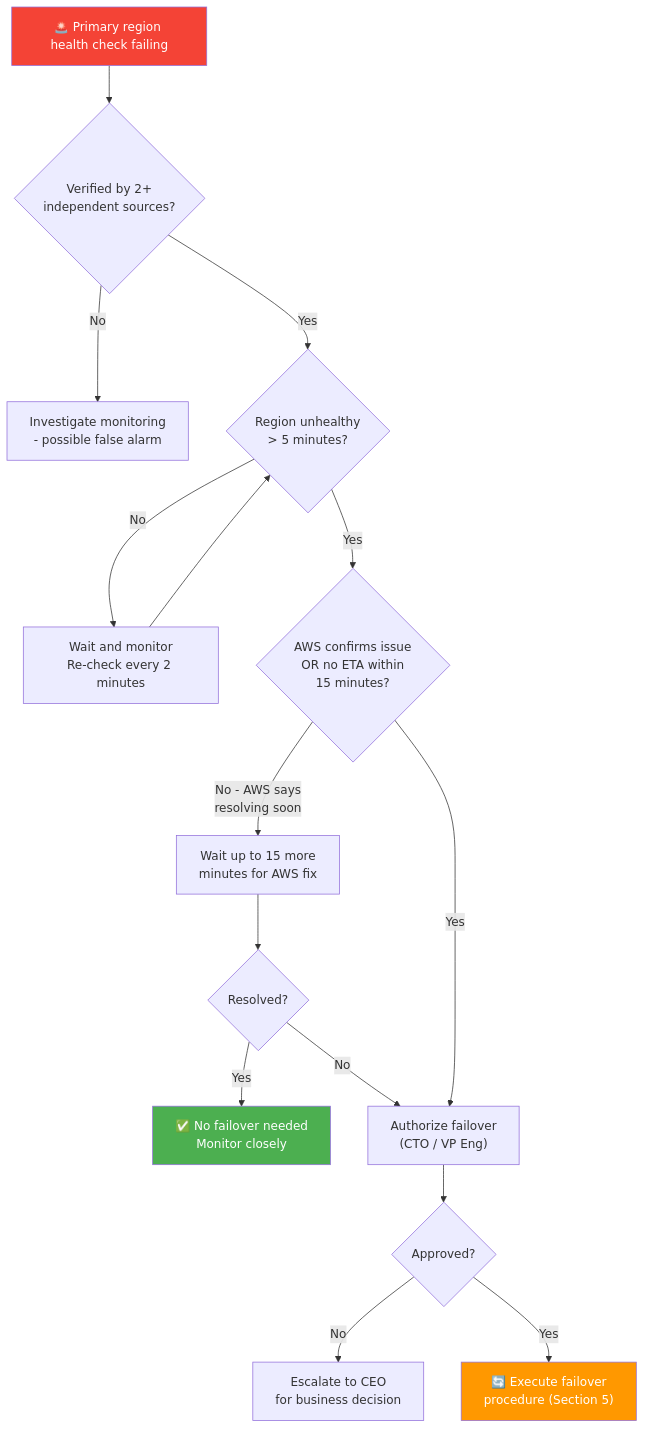
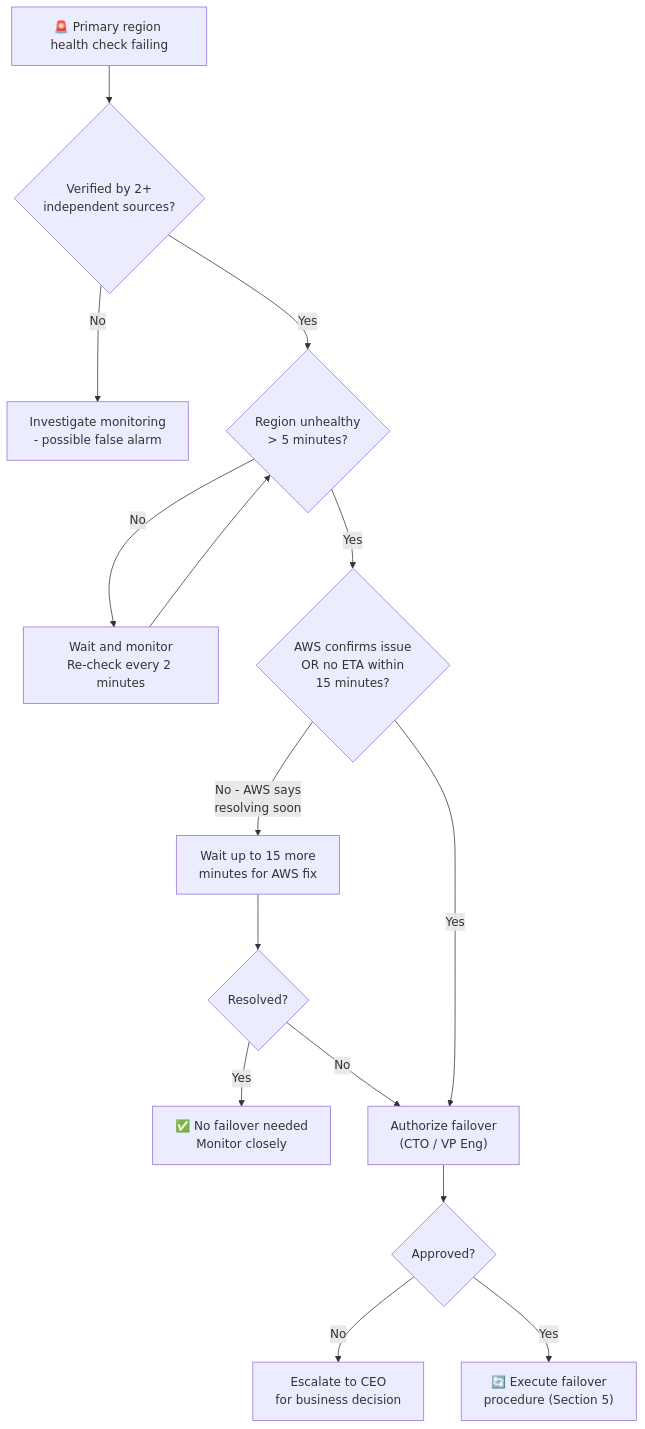
One commit to rishikeshdhokare/platform-manifesto changed the second of 2 diagrams in 05-operational-excellence/07-disaster-recovery-playbook.md. Above: the diagram before and after it, drawn with Mermaid. The commit also changed other lines of this file and 14 other files, not shown here.

First line of the commit message:
fix: remove mermaid style directives (119 lines across 15 files)

````diff
--- a/05-operational-excellence/07-disaster-recovery-playbook.md
+++ b/05-operational-excellence/07-disaster-recovery-playbook.md
@@ -155,21 +153,18 @@
 ```mermaid
 flowchart TD
     Detect["🚨 Primary region health check failing"] --> Verify{"Verified by 2+<br/>independent sources?"}
     Verify -->|"No"| FalseAlarm["Investigate monitoring<br/> - possible false alarm"]
     Verify -->|"Yes"| Duration{"Region unhealthy<br/>> 5 minutes?"}
     Duration -->|"No"| Wait["Wait and monitor<br/>Re-check every 2 minutes"]
     Wait --> Duration
     Duration -->|"Yes"| AWS{"AWS confirms issue<br/>OR no ETA within<br/>15 minutes?"}
     AWS -->|"No - AWS says<br/>resolving soon"| ExtendedWait["Wait up to 15 more<br/>minutes for AWS fix"]
     ExtendedWait --> Resolved{"Resolved?"}
     Resolved -->|"Yes"| NoFailover["✅ No failover needed<br/>Monitor closely"]
     Resolved -->|"No"| Authorize
     AWS -->|"Yes"| Authorize["Authorize failover<br/>(CTO / VP Eng)"]
     Authorize --> Approved{"Approved?"}
     Approved -->|"No"| Escalate["Escalate to CEO<br/>for business decision"]
     Approved -->|"Yes"| Execute["🔄 Execute failover<br/>procedure (Section 5)"]
 
-    style Detect fill:#F44336,color:#fff
-    style Execute fill:#FF9800,color:#fff
-    style NoFailover fill:#4CAF50,color:#fff
 ```
````
